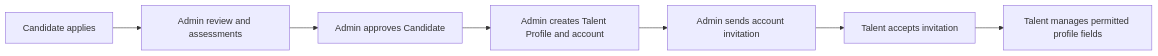
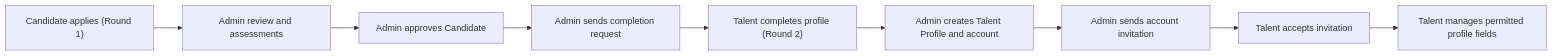
The second of 2 diagrams in 02-UX/User-Flows.md (blih-tech/blihops-design), drawn with Mermaid before and after one commit. The commit also changed other lines of this file and 6 other files, not shown here.

First line of the commit message:
docs: implement two-round talent application model across all design docs

````diff
--- a/02-UX/User-Flows.md
+++ b/02-UX/User-Flows.md
@@ -33,9 +33,11 @@
 ```mermaid
 flowchart LR
-    A["Candidate applies"] --> B["Admin review and assessments"]
+    A["Candidate applies (Round 1)"] --> B["Admin review and assessments"]
     B --> C["Admin approves Candidate"]
-    C --> D["Admin creates Talent Profile and account"]
-    D --> E["Admin sends account invitation"]
-    E --> F["Talent accepts invitation"]
-    F --> G["Talent manages permitted profile fields"]
+    C --> D["Admin sends completion request"]
+    D --> E["Talent completes profile (Round 2)"]
+    E --> F["Admin creates Talent Profile and account"]
+    F --> G["Admin sends account invitation"]
+    G --> H["Talent accepts invitation"]
+    H --> I["Talent manages permitted profile fields"]
 ```
````
